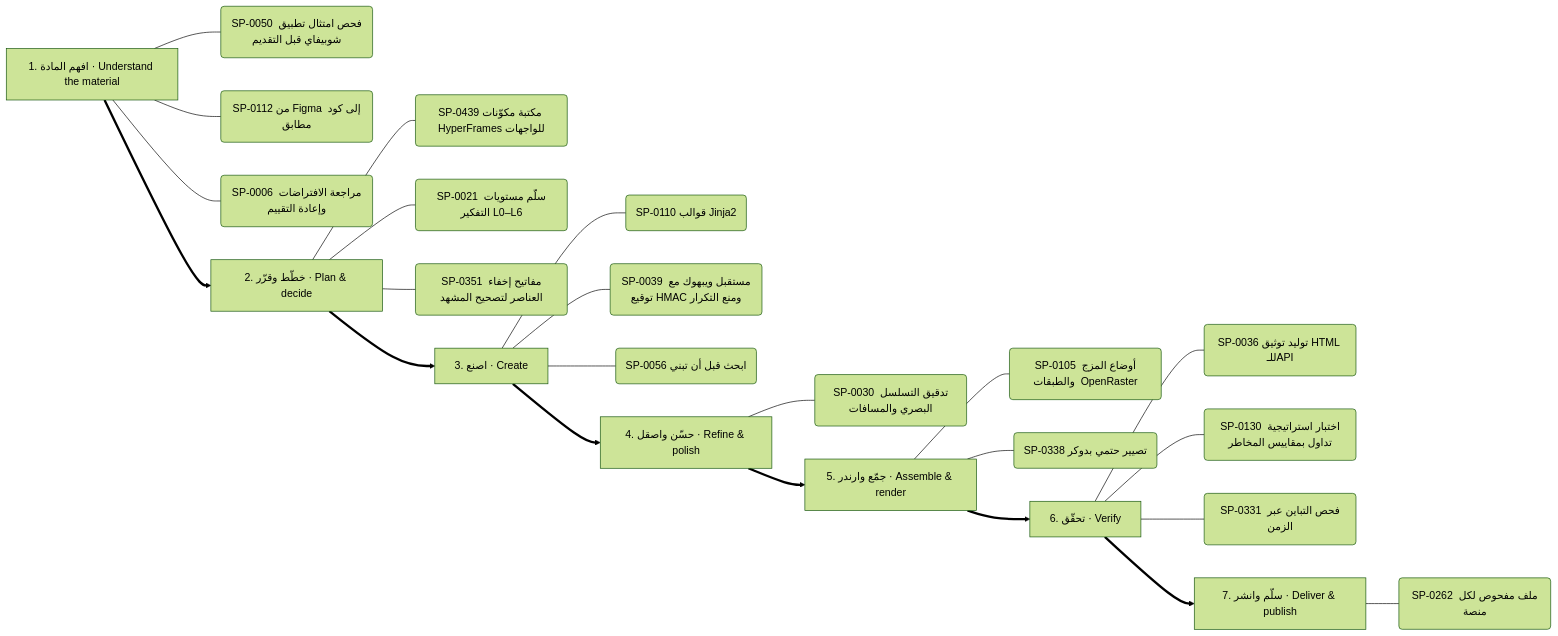
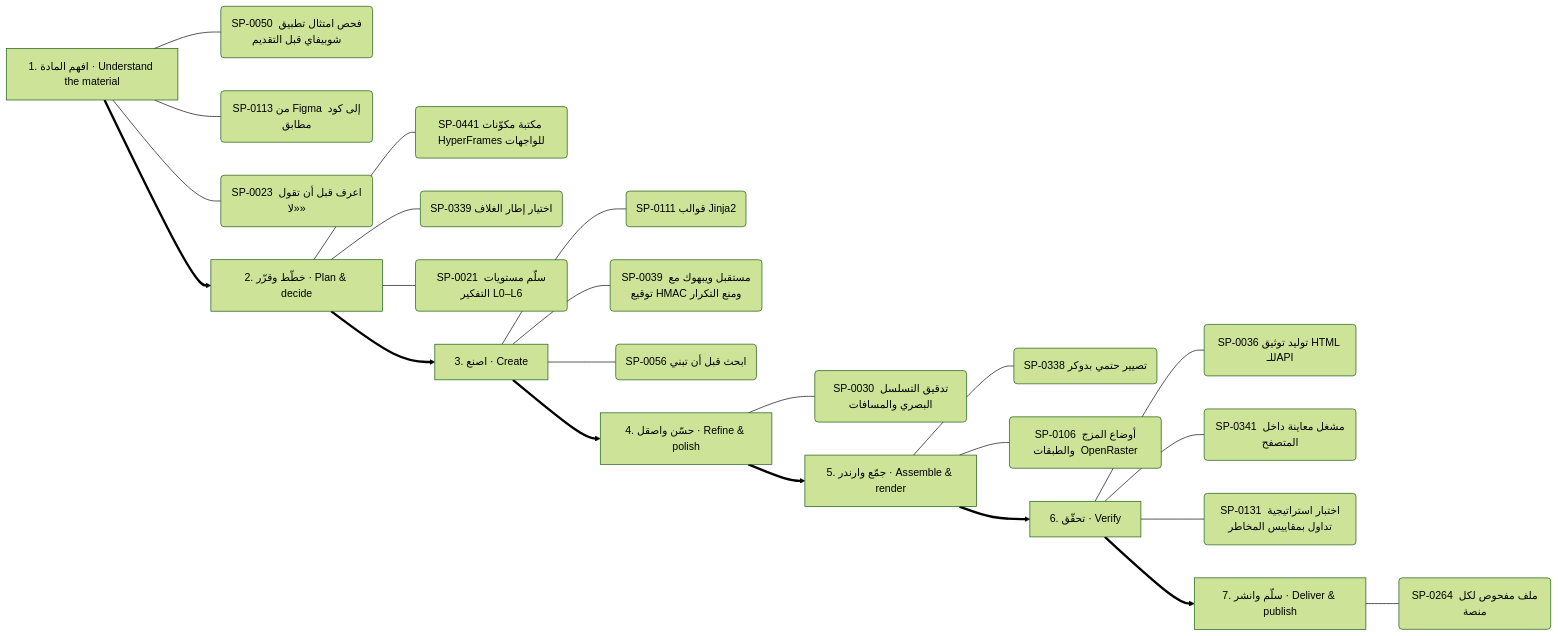
One commit to kosif199022-jpg/kosif-tool changed the ninth of 13 diagrams in .claude/skills/kosif-superpowers/references/capability-mindmap.md. Above: the diagram before and after it, drawn with Mermaid (forest theme). The commit also changed other lines of this file and 67 other files, not shown here.

````diff
--- a/.claude/skills/kosif-superpowers/references/capability-mindmap.md
+++ b/.claude/skills/kosif-superpowers/references/capability-mindmap.md
@@ -455,32 +457,32 @@
 ```mermaid
 flowchart LR
   S0["1. افهم المادة · Understand the material"]
   S0 --- S0_0("SP-0050 فحص امتثال تطبيق شوبيفاي قبل التقديم")
-  S0 --- S0_1("SP-0112 من Figma إلى كود مطابق")
-  S0 --- S0_2("SP-0006 مراجعة الافتراضات وإعادة التقييم")
+  S0 --- S0_1("SP-0113 من Figma إلى كود مطابق")
+  S0 --- S0_2("SP-0023 اعرف قبل أن تقول «لا»")
   S1["2. خطّط وقرّر · Plan & decide"]
-  S1 --- S1_0("SP-0439 مكتبة مكوّنات HyperFrames للواجهات")
-  S1 --- S1_1("SP-0021 سلّم مستويات التفكير L0–L6")
-  S1 --- S1_2("SP-0351 مفاتيح إخفاء العناصر لتصحيح المشهد")
+  S1 --- S1_0("SP-0441 مكتبة مكوّنات HyperFrames للواجهات")
+  S1 --- S1_1("SP-0339 اختيار إطار الغلاف")
+  S1 --- S1_2("SP-0021 سلّم مستويات التفكير L0–L6")
   S0 ==> S1
   S2["3. اصنع · Create"]
-  S2 --- S2_0("SP-0110 قوالب Jinja2")
+  S2 --- S2_0("SP-0111 قوالب Jinja2")
   S2 --- S2_1("SP-0039 مستقبل ويبهوك مع توقيع HMAC ومنع التكرار")
   S2 --- S2_2("SP-0056 ابحث قبل أن تبني")
   S1 ==> S2
   S3["4. حسّن واصقل · Refine & polish"]
   S3 --- S3_0("SP-0030 تدقيق التسلسل البصري والمسافات")
   S2 ==> S3
   S4["5. جمّع وارندر · Assemble & render"]
-  S4 --- S4_0("SP-0105 أوضاع المزج والطبقات  OpenRaster ")
-  S4 --- S4_1("SP-0338 تصيير حتمي بدوكر")
+  S4 --- S4_0("SP-0338 تصيير حتمي بدوكر")
+  S4 --- S4_1("SP-0106 أوضاع المزج والطبقات  OpenRaster ")
   S3 ==> S4
   S5["6. تحقّق · Verify"]
   S5 --- S5_0("SP-0036 توليد توثيق HTML للـAPI")
-  S5 --- S5_1("SP-0130 اختبار استراتيجية تداول بمقاييس المخاطر")
-  S5 --- S5_2("SP-0331 فحص التباين عبر الزمن")
+  S5 --- S5_1("SP-0341 مشغل معاينة داخل المتصفح")
+  S5 --- S5_2("SP-0131 اختبار استراتيجية تداول بمقاييس المخاطر")
   S4 ==> S5
   S6["7. سلّم وانشر · Deliver & publish"]
-  S6 --- S6_0("SP-0262 ملف مفحوص لكل منصة")
+  S6 --- S6_0("SP-0264 ملف مفحوص لكل منصة")
   S5 ==> S6
 ```
````
